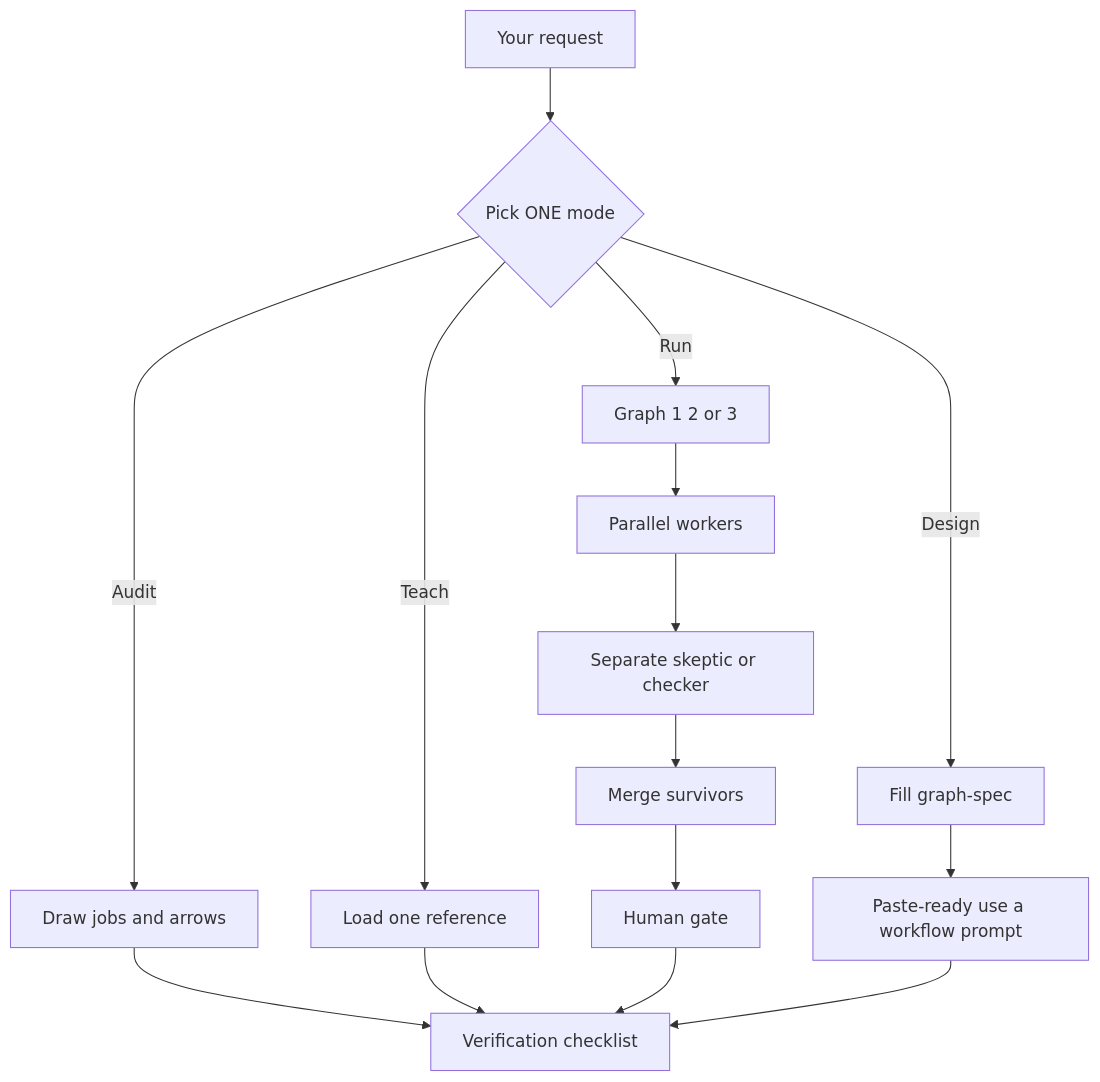
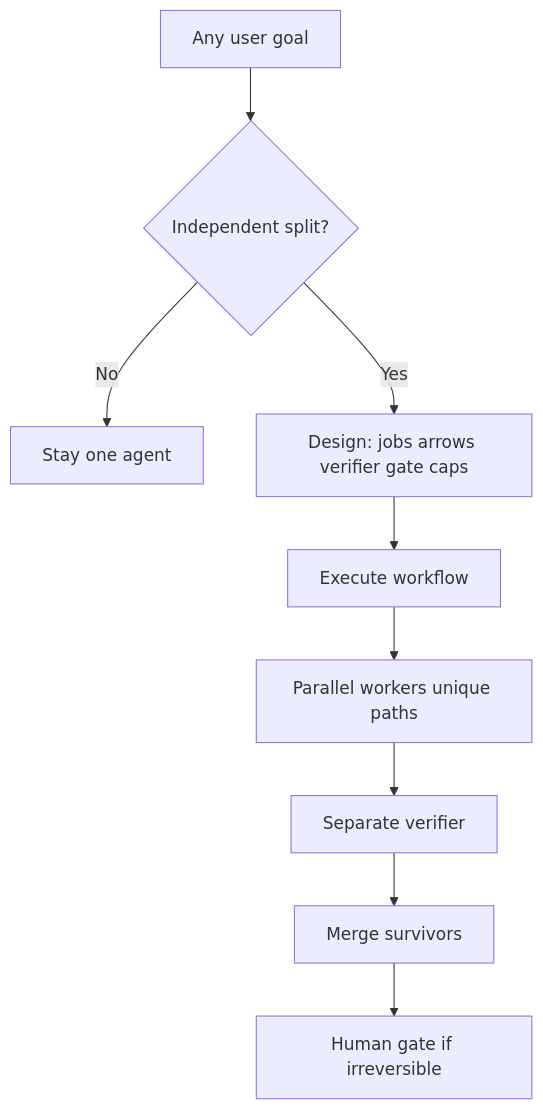
One commit to kumanaya/graph-engineer changed the diagram in README.md. Above: the diagram before and after it, drawn with Mermaid. The commit also changed other lines of this file and 9 other files, not shown here.

Commit message:
Update graph-engineer skill: refine descriptions, enhance workflow framework, and add example references. Introduce package-lock.json for dependency management. Version bump to 2.0.0.

````diff
--- a/README.md
+++ b/README.md
@@ -91,17 +72,11 @@
 ```mermaid
 flowchart TD
-  User[Your request] --> Mode{Pick ONE mode}
-  Mode -->|Audit| A[Draw jobs and arrows]
-  Mode -->|Teach| T[Load one reference]
-  Mode -->|Run| R[Graph 1 2 or 3]
-  Mode -->|Design| D[Fill graph-spec]
-  A --> Check[Verification checklist]
-  T --> Check
-  R --> FanOut[Parallel workers]
-  FanOut --> Skeptic[Separate skeptic or checker]
-  Skeptic --> Merge[Merge survivors]
-  Merge --> Gate[Human gate]
-  Gate --> Check
-  D --> Prompt[Paste-ready use a workflow prompt]
-  Prompt --> Check
+  Req[Any user goal] --> Decide{Independent split?}
+  Decide -->|No| One[Stay one agent]
+  Decide -->|Yes| Spec[Design: jobs arrows verifier gate caps]
+  Spec --> Exec[Execute workflow]
+  Exec --> Fan[Parallel workers unique paths]
+  Fan --> Ver[Separate verifier]
+  Ver --> Merge[Merge survivors]
+  Merge --> Gate[Human gate if irreversible]
 ```
````
